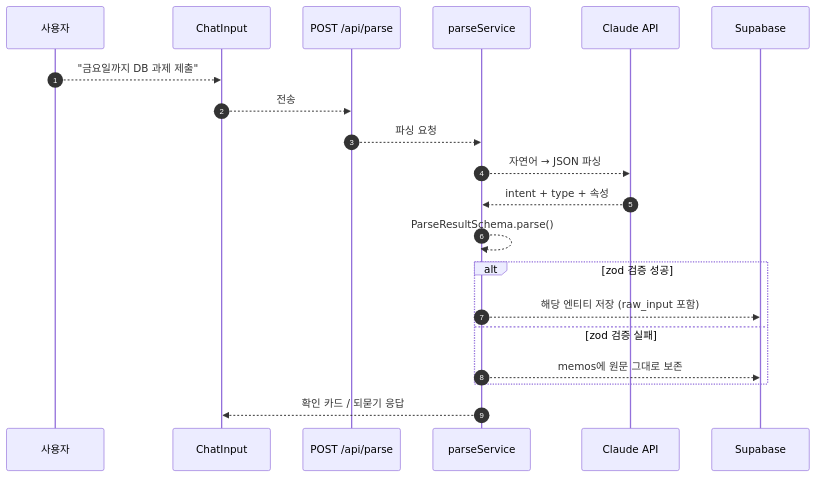
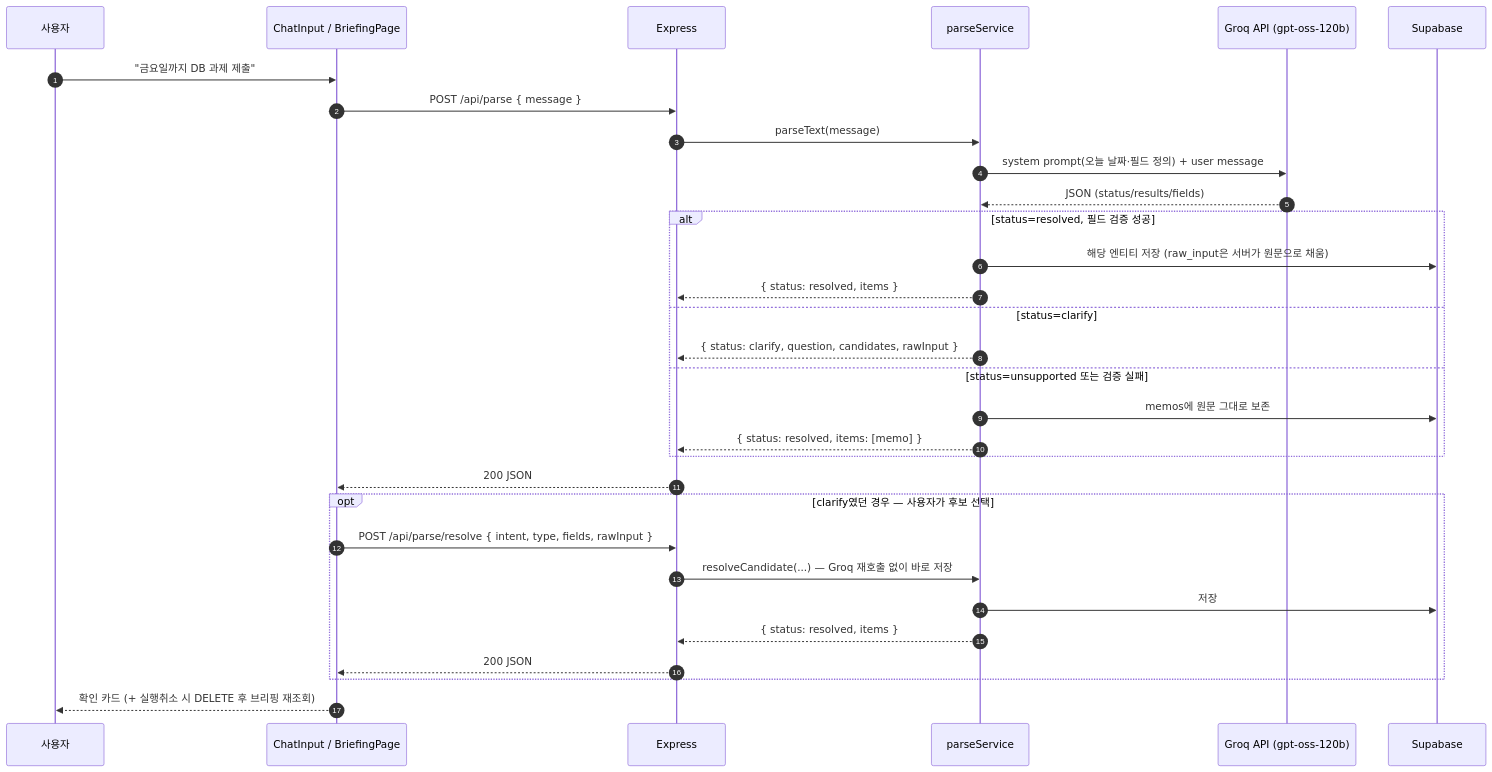
One commit to Mureung1/hub-showcase changed the fifth of 5 diagrams in README.md. Above: the diagram before and after it, drawn with Mermaid. The commit also changed other lines of this file, not shown here.

````diff
--- a/README.md
+++ b/README.md
@@ -142,23 +185,34 @@
 ```mermaid
 sequenceDiagram
   autonumber
   participant U as 사용자
-  participant FE as ChatInput
-  participant EX as POST /api/parse
+  participant FE as ChatInput / BriefingPage
+  participant EX as Express
   participant PS as parseService
-  participant AI as Claude API
+  participant AI as Groq API (gpt-oss-120b)
   participant DB as Supabase
 
-  U-->>FE: "금요일까지 DB 과제 제출"
-  FE-->>EX: 전송
-  EX-->>PS: 파싱 요청
-  PS-->>AI: 자연어 → JSON 파싱
-  AI-->>PS: intent + type + 속성
-  PS-->>PS: ParseResultSchema.parse()
-  alt zod 검증 성공
-    PS-->>DB: 해당 엔티티 저장 (raw_input 포함)
-  else zod 검증 실패
-    PS-->>DB: memos에 원문 그대로 보존
+  U->>FE: "금요일까지 DB 과제 제출"
+  FE->>EX: POST /api/parse { message }
+  EX->>PS: parseText(message)
+  PS->>AI: system prompt(오늘 날짜·필드 정의) + user message
+  AI-->>PS: JSON (status/results/fields)
+  alt status=resolved, 필드 검증 성공
+    PS->>DB: 해당 엔티티 저장 (raw_input은 서버가 원문으로 채움)
+    PS-->>EX: { status: resolved, items }
+  else status=clarify
+    PS-->>EX: { status: clarify, question, candidates, rawInput }
+  else status=unsupported 또는 검증 실패
+    PS->>DB: memos에 원문 그대로 보존
+    PS-->>EX: { status: resolved, items: [memo] }
   end
-  PS-->>FE: 확인 카드 / 되묻기 응답
+  EX-->>FE: 200 JSON
+  opt clarify였던 경우 — 사용자가 후보 선택
+    FE->>EX: POST /api/parse/resolve { intent, type, fields, rawInput }
+    EX->>PS: resolveCandidate(...) — Groq 재호출 없이 바로 저장
+    PS->>DB: 저장
+    PS-->>EX: { status: resolved, items }
+    EX-->>FE: 200 JSON
+  end
+  FE-->>U: 확인 카드 (+ 실행취소 시 DELETE 후 브리핑 재조회)
 ```
````
